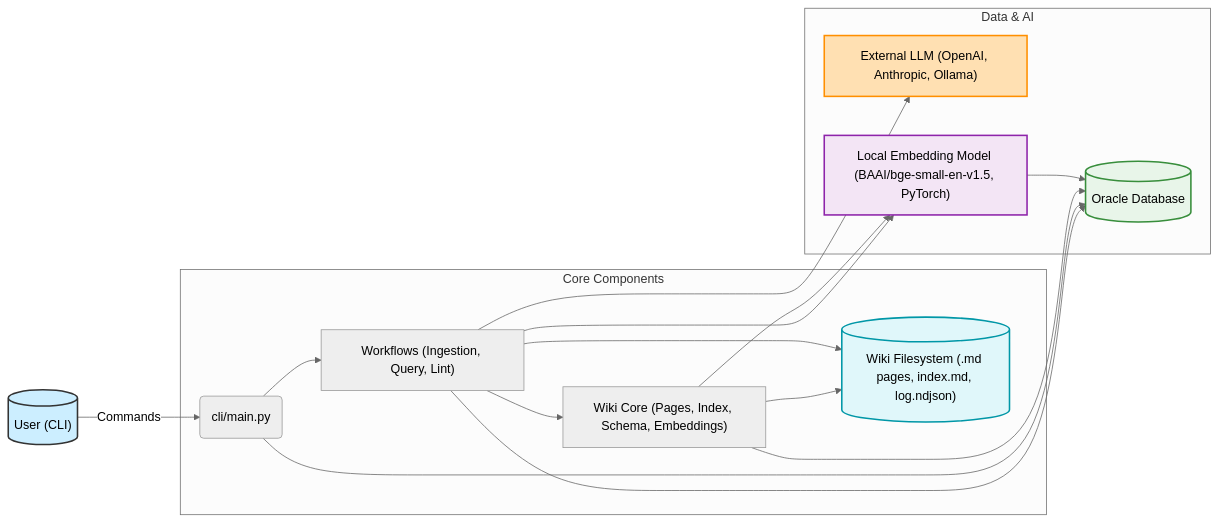
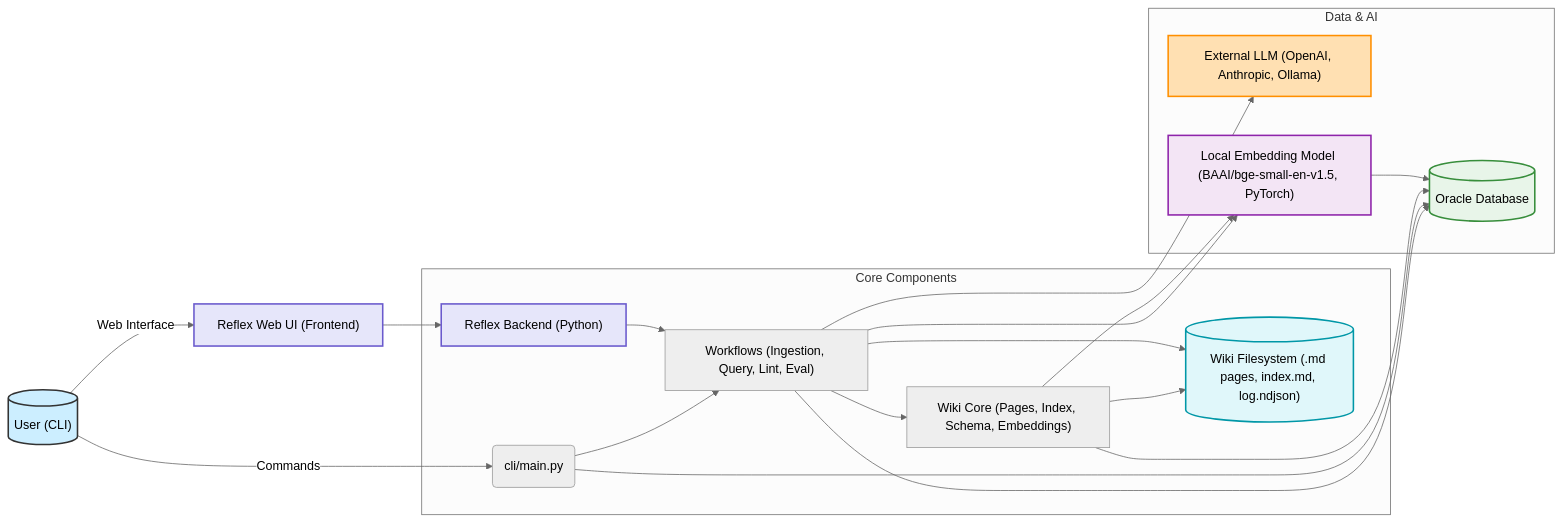
One commit to DanielPopoola/llm-wiki changed the fifth of 5 diagrams in README.md. Above: the diagram before and after it, drawn with Mermaid (neutral theme). The commit also changed other lines of this file, not shown here.

````diff
--- a/README.md
+++ b/README.md
@@ -324,28 +334,33 @@
 ```mermaid
 flowchart LR
     User[("User (CLI)")] -->|Commands| CLI(cli/main.py)
+    User -->|Web Interface| ReflexUI["Reflex Web UI (Frontend)"]
+    ReflexUI --> ReflexBackend["Reflex Backend (Python)"]
 
     subgraph Core Components
-        CLI --> Workflows["Workflows (Ingestion, Query, Lint)"]
+        CLI --> Workflows["Workflows (Ingestion, Query, Lint, Eval)"]
+        ReflexBackend --> Workflows
         Workflows --> WikiCore["Wiki Core (Pages, Index, Schema, Embeddings)"]
         WikiCore --> Filesystem[("Wiki Filesystem (.md pages, index.md, log.ndjson)")]
     end
 
     subgraph Data & AI
         Workflows --> LLMProvider["External LLM (OpenAI, Anthropic, Ollama)"]
         Workflows --> EmbeddingsModel["Local Embedding Model (BAAI/bge-small-en-v1.5, PyTorch)"]
         Workflows --> OracleDB[("Oracle Database")]
     end
 
     CLI --> OracleDB
     WikiCore --> EmbeddingsModel
     WikiCore --> OracleDB
     Workflows --> Filesystem
     EmbeddingsModel --> OracleDB
 
     style User fill:#cef,stroke:#333,stroke-width:2px
     style Filesystem fill:#e0f7fa,stroke:#0097a7,stroke-width:2px
     style OracleDB fill:#e8f5e9,stroke:#388e3c,stroke-width:2px
     style LLMProvider fill:#ffe0b2,stroke:#ff8f00,stroke-width:2px
     style EmbeddingsModel fill:#f3e5f5,stroke:#8e24aa,stroke-width:2px
+    style ReflexUI fill:#e6e6fa,stroke:#6a5acd,stroke-width:2px
+    style ReflexBackend fill:#e6e6fa,stroke:#6a5acd,stroke-width:2px
 ```
````
